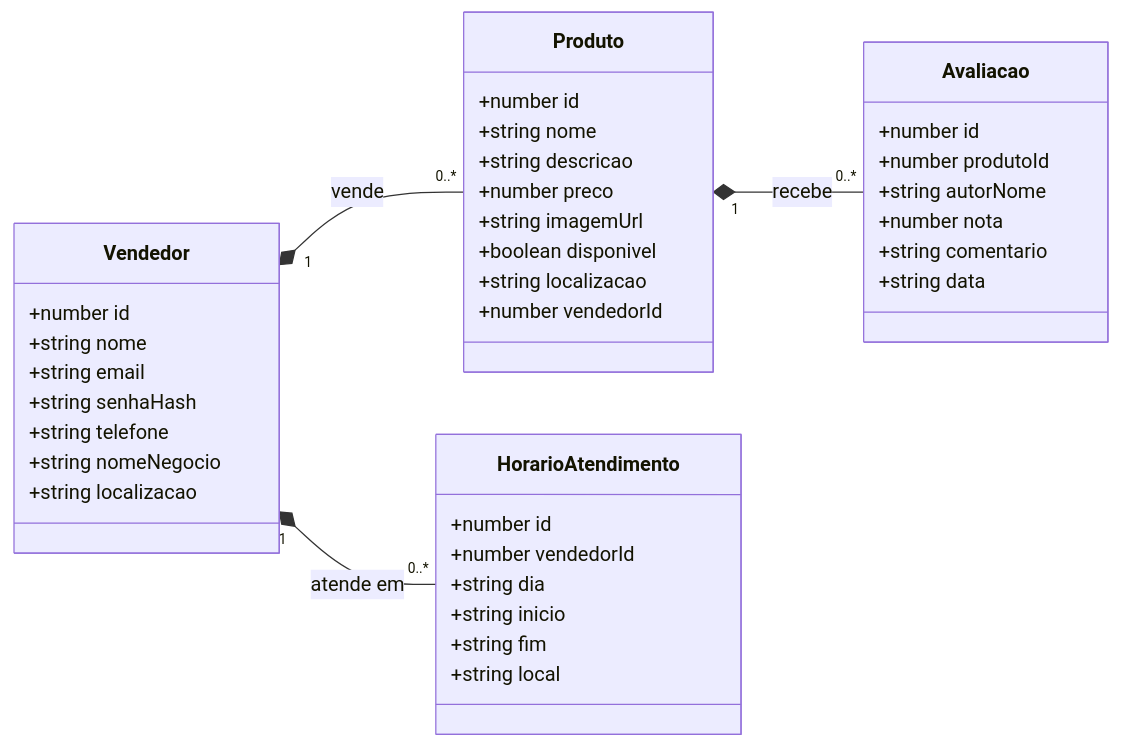
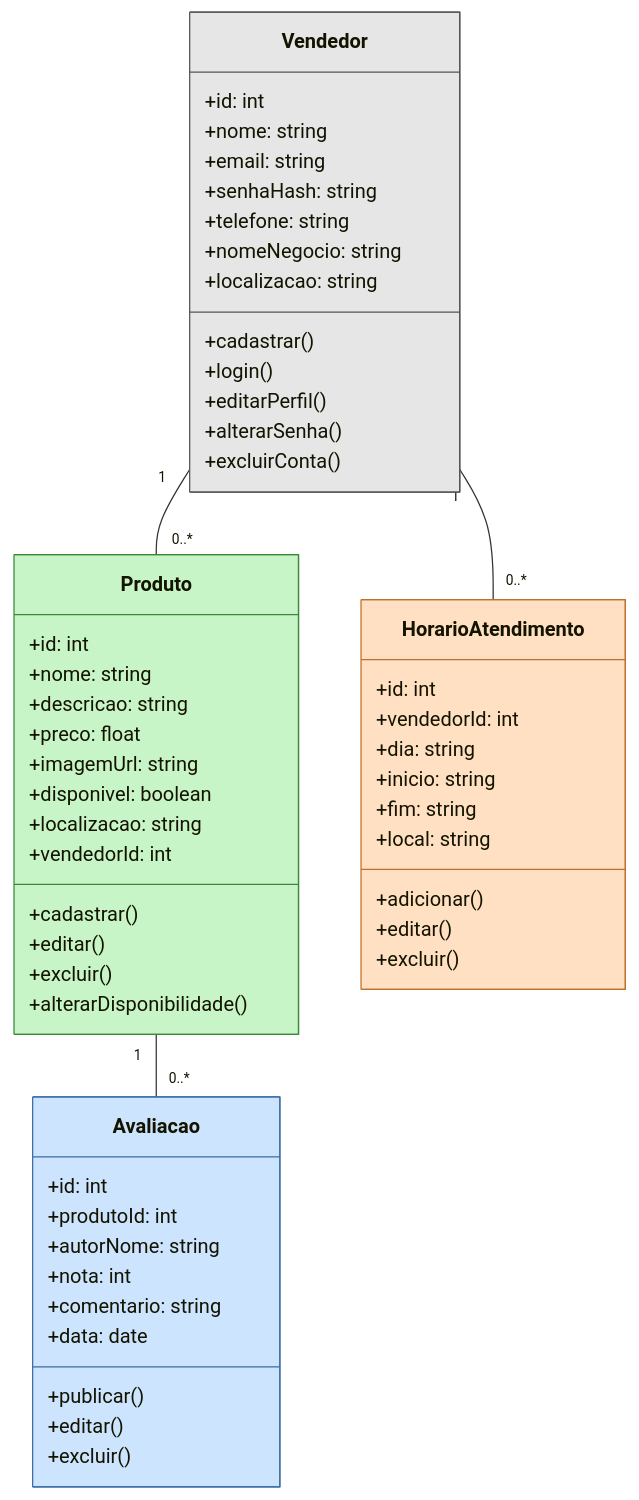
Before and after one commit to compiladasunifio/ProjetoIntegradorIV: the diagram in docs/diagrama-de-classes.mmd, drawn with Mermaid. The commit also changed 2 other files, not shown here.

Commit message:
Diagrama de classes no estilo do modelo
- Atributos no formato nome: tipo e seção de métodos em cada classe
- Uma cor por classe; linhas simples só com multiplicidade (sem nomes de
  relação e sem losangos)
- Documentação atualizada com a seção de métodos

Claude-Session: https://claude.ai/code/session_01X9iBmstNZR72brBZFmMpMf

```diff
--- a/docs/diagrama-de-classes.mmd
+++ b/docs/diagrama-de-classes.mmd
@@ -1,45 +1,65 @@
 classDiagram
-    direction LR
+    direction TB
 
     class Vendedor {
-        +number id
-        +string nome
-        +string email
-        +string senhaHash
-        +string telefone
-        +string nomeNegocio
-        +string localizacao
+        +id: int
+        +nome: string
+        +email: string
+        +senhaHash: string
+        +telefone: string
+        +nomeNegocio: string
+        +localizacao: string
+        +cadastrar()
+        +login()
+        +editarPerfil()
+        +alterarSenha()
+        +excluirConta()
     }
 
     class Produto {
-        +number id
-        +string nome
-        +string descricao
-        +number preco
-        +string imagemUrl
-        +boolean disponivel
-        +string localizacao
-        +number vendedorId
+        +id: int
+        +nome: string
+        +descricao: string
+        +preco: float
+        +imagemUrl: string
+        +disponivel: boolean
+        +localizacao: string
+        +vendedorId: int
+        +cadastrar()
+        +editar()
+        +excluir()
+        +alterarDisponibilidade()
     }
 
     class Avaliacao {
-        +number id
-        +number produtoId
-        +string autorNome
-        +number nota
-        +string comentario
-        +string data
+        +id: int
+        +produtoId: int
+        +autorNome: string
+        +nota: int
+        +comentario: string
+        +data: date
+        +publicar()
+        +editar()
+        +excluir()
     }
 
     class HorarioAtendimento {
-        +number id
-        +number vendedorId
-        +string dia
-        +string inicio
-        +string fim
-        +string local
+        +id: int
+        +vendedorId: int
+        +dia: string
+        +inicio: string
+        +fim: string
+        +local: string
+        +adicionar()
+        +editar()
+        +excluir()
     }
 
-    Vendedor "1" *-- "0..*" Produto : vende
-    Vendedor "1" *-- "0..*" HorarioAtendimento : atende em
-    Produto "1" *-- "0..*" Avaliacao : recebe
+    Vendedor "1" -- "0..*" Produto
+    Vendedor "1" -- "0..*" HorarioAtendimento
+    Produto "1" -- "0..*" Avaliacao
+
+    style Vendedor fill:#e6e6e6,stroke:#555555
+    style Produto fill:#c8f5c8,stroke:#3a8a3a
+    style Avaliacao fill:#cde4ff,stroke:#3a6ea5
+    style HorarioAtendimento fill:#ffe0c2,stroke:#c0702a
```
